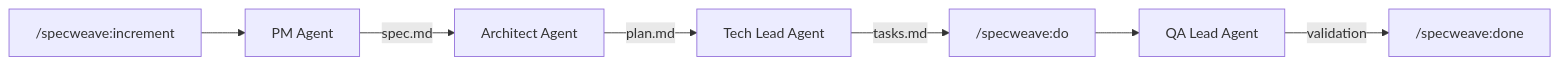
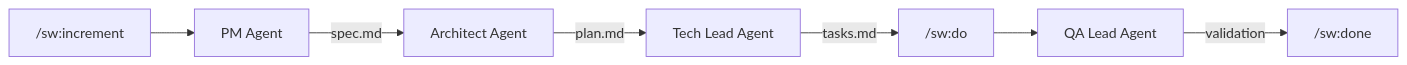
Before and after one commit to anton-abyzov/specweave: the second of 2 diagrams in docs-site/docs/academy/part-1-foundations/03-engineering-principles/02-roles.md, drawn with Mermaid. The commit also changed other lines of this file and 505 other files, not shown here.

````diff
--- a/docs-site/docs/academy/part-1-foundations/03-engineering-principles/02-roles.md
+++ b/docs-site/docs/academy/part-1-foundations/03-engineering-principles/02-roles.md
@@ -285,9 +285,9 @@
 ```mermaid
 graph LR
-    A["/specweave:increment"] --> B[PM Agent]
+    A["/sw:increment"] --> B[PM Agent]
     B -->|spec.md| C[Architect Agent]
     C -->|plan.md| D[Tech Lead Agent]
-    D -->|tasks.md| E["/specweave:do"]
+    D -->|tasks.md| E["/sw:do"]
     E --> F[QA Lead Agent]
-    F -->|validation| G["/specweave:done"]
+    F -->|validation| G["/sw:done"]
 ```
````
